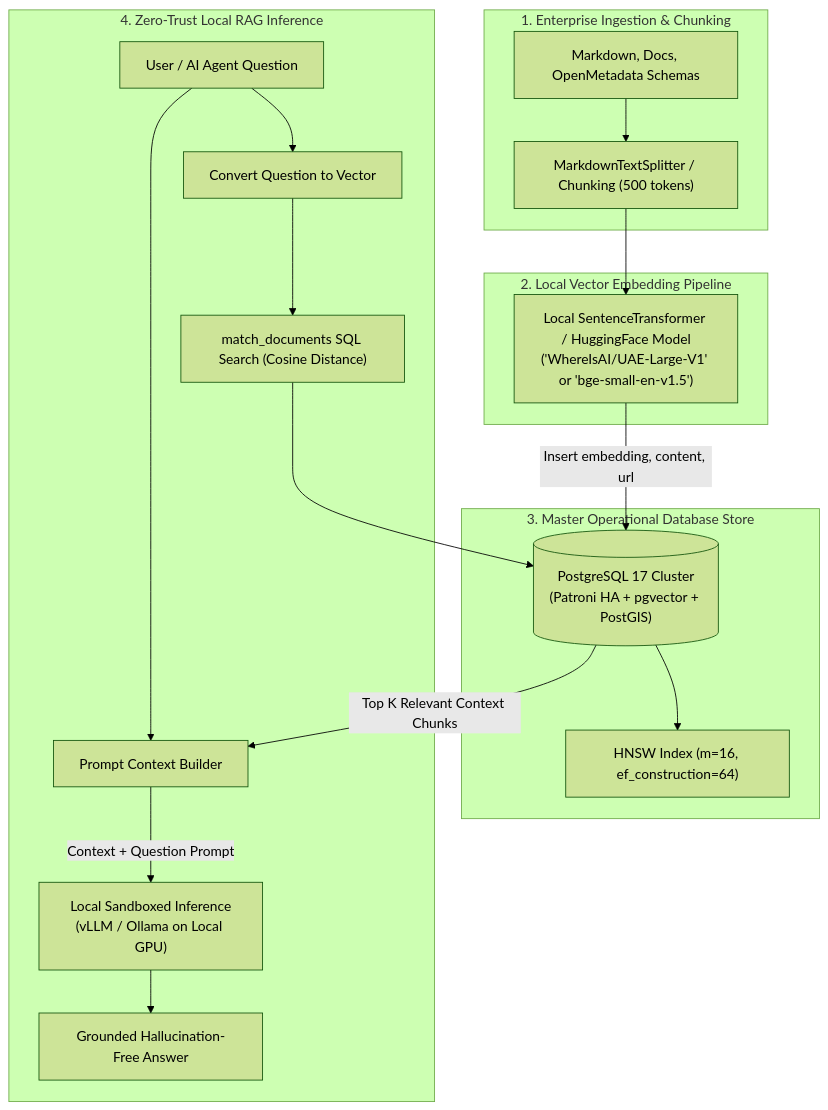
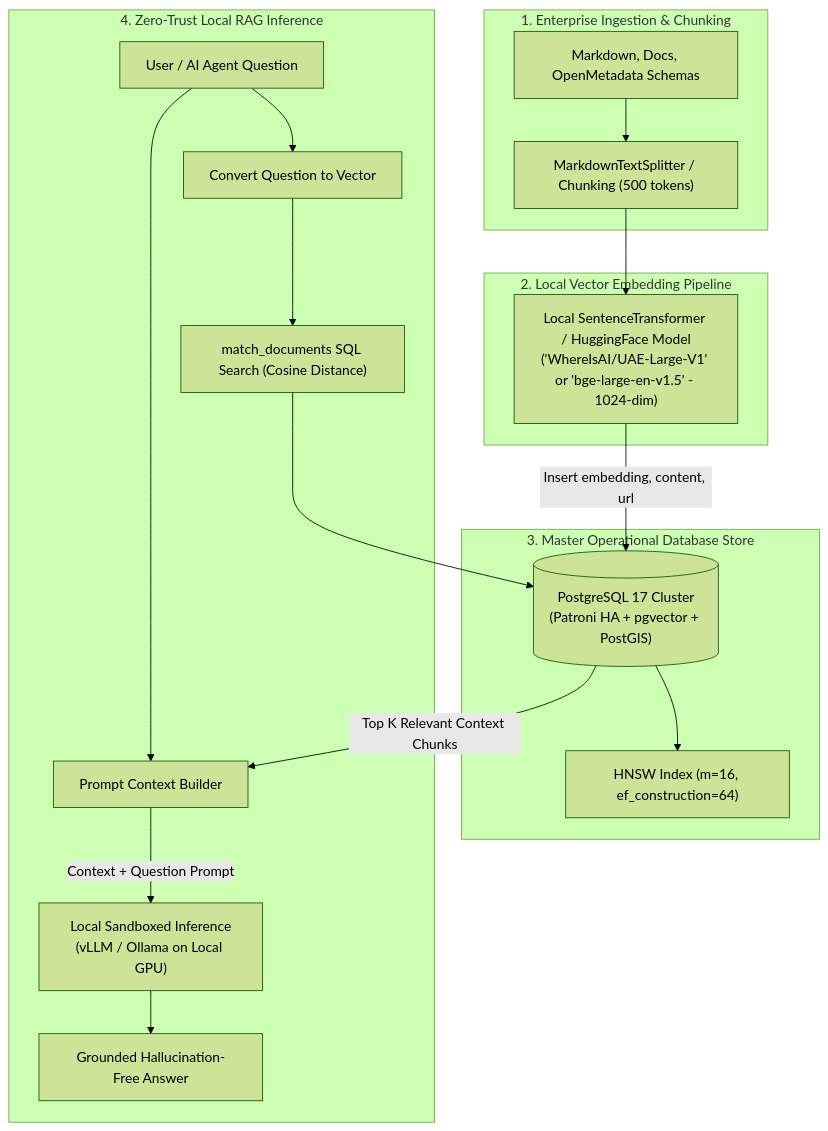
Before and after one commit to linuxmalaysia/bda-ai-infra: the second of 2 diagrams in docs/reference/postgresql-pgvector-enterprise-strategy.md, drawn with Mermaid (forest theme). The commit also changed other lines of this file and 1 other file, not shown here.

````diff
--- a/docs/reference/postgresql-pgvector-enterprise-strategy.md
+++ b/docs/reference/postgresql-pgvector-enterprise-strategy.md
@@ -147,25 +168,25 @@
 ```mermaid
 flowchart TD
     subgraph DataIngestion ["1. Enterprise Ingestion & Chunking"]
         Docs["Markdown, Docs, OpenMetadata Schemas"] --> Splitter["MarkdownTextSplitter / Chunking (500 tokens)"]
     end
 
     subgraph EmbeddingPipeline ["2. Local Vector Embedding Pipeline"]
-        Splitter --> LocalEmbed["Local SentenceTransformer / HuggingFace Model<br/>('WhereIsAI/UAE-Large-V1' or 'bge-small-en-v1.5')"]
+        Splitter --> LocalEmbed["Local SentenceTransformer / HuggingFace Model<br/>('WhereIsAI/UAE-Large-V1' or 'bge-large-en-v1.5' - 1024-dim)"]
     end
 
     subgraph PgVectorStore ["3. Master Operational Database Store"]
         LocalEmbed -->|Insert embedding, content, url| PgDB[("PostgreSQL 17 Cluster<br/>(Patroni HA + pgvector + PostGIS)")]
         PgDB --> HNSWIdx["HNSW Index (m=16, ef_construction=64)"]
     end
 
     subgraph RAGInference ["4. Zero-Trust Local RAG Inference"]
         UserQ["User / AI Agent Question"] --> QEmbed["Convert Question to Vector"]
         QEmbed --> MatchFunc["match_documents SQL Search (Cosine Distance)"]
         MatchFunc --> PgDB
         PgDB -->|Top K Relevant Context Chunks| PromptBuilder["Prompt Context Builder"]
         UserQ --> PromptBuilder
         PromptBuilder -->|Context + Question Prompt| LocalLLM["Local Sandboxed Inference<br/>(vLLM / Ollama on Local GPU)"]
         LocalLLM --> GroundedAnswer["Grounded Hallucination-Free Answer"]
     end
 ```
````
